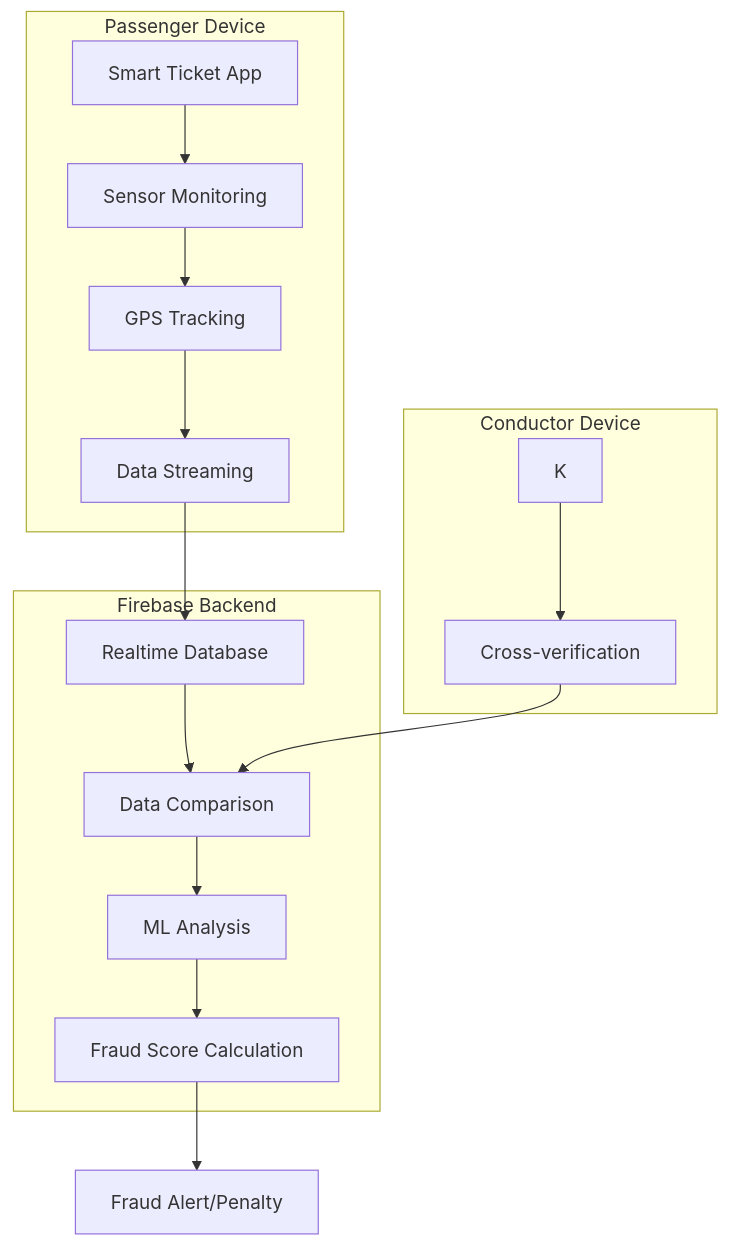
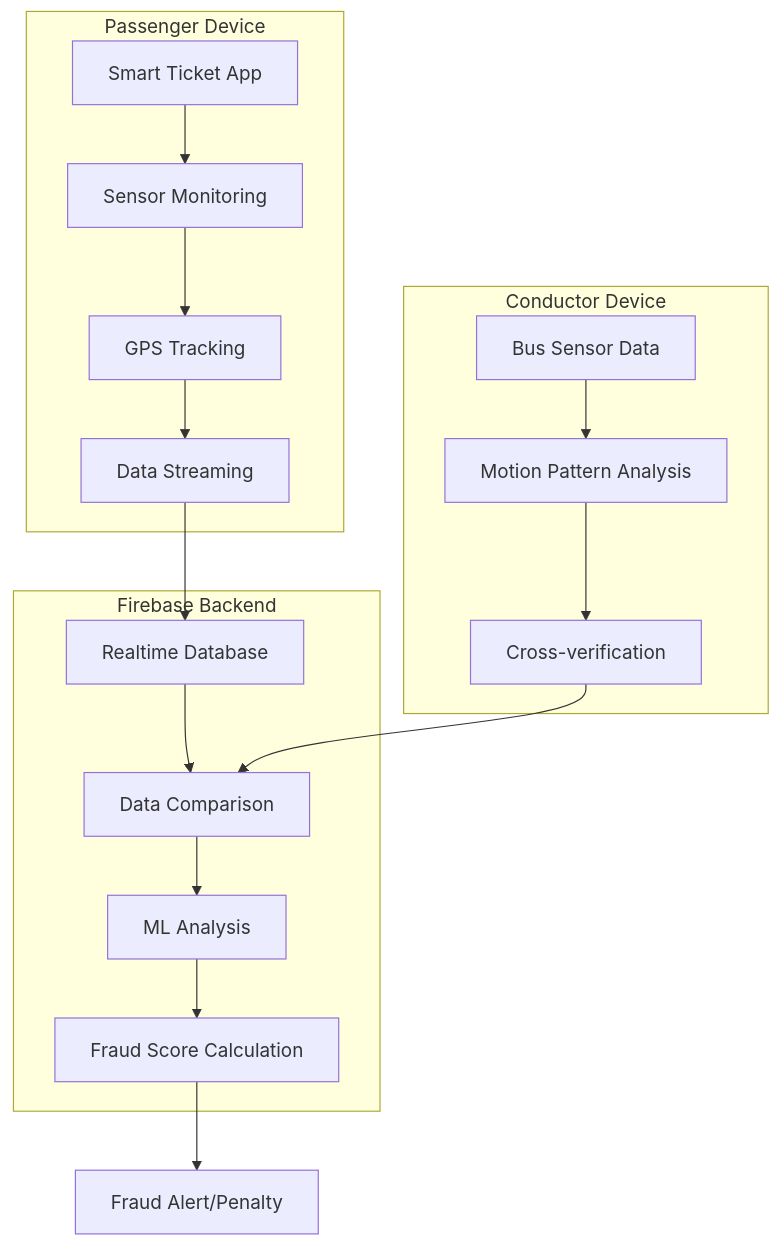
The tenth of 11 diagrams in README.md (TharunBabu-05/smart_ticket_MTC), drawn with Mermaid before and after one commit.

````diff
--- a/README.md
+++ b/README.md
@@ -739,22 +739,24 @@
 ```mermaid
 graph TD
     subgraph "Passenger Device"
         A[Smart Ticket App] --> B[Sensor Monitoring]
         B --> C[GPS Tracking]
         C --> D[Data Streaming]
     end
     
     subgraph "Firebase Backend"
         E[Realtime Database] --> F[Data Comparison]
         F --> G[ML Analysis]
         G --> H[Fraud Score Calculation]
     end
     
     subgraph "Conductor Device"
+        
+        J[Bus Sensor Data] --> K[Motion Pattern Analysis]
         K --> L[Cross-verification]
     end
     
     D --> E
     H --> M[Fraud Alert/Penalty]
     L --> F
 ```
````
